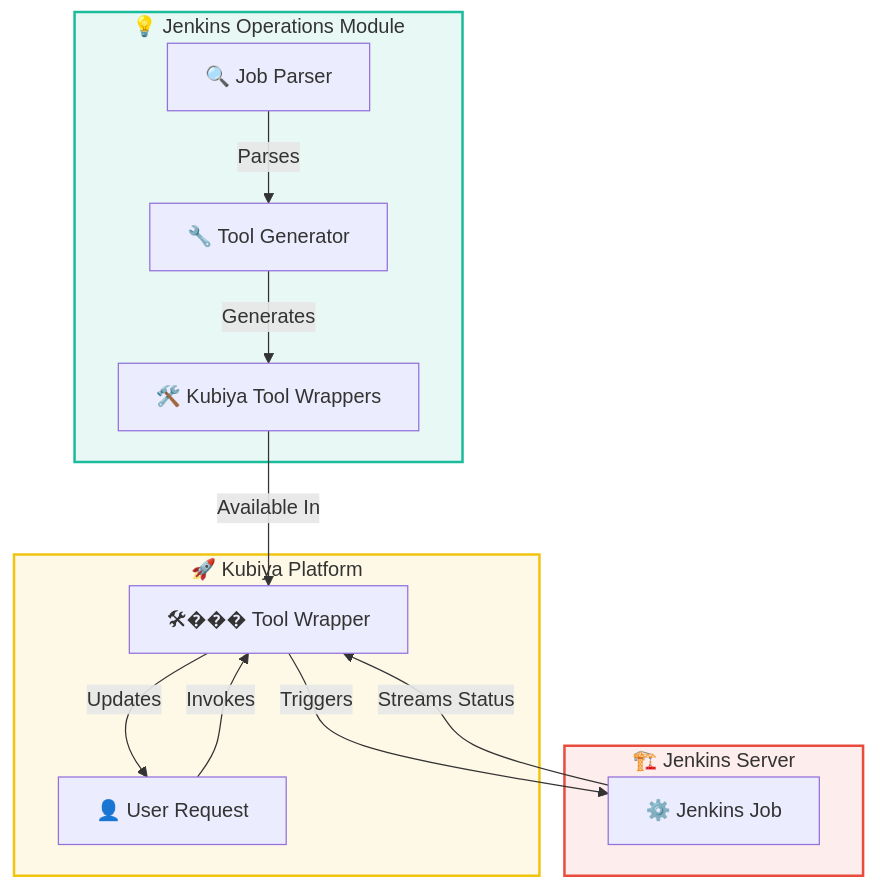
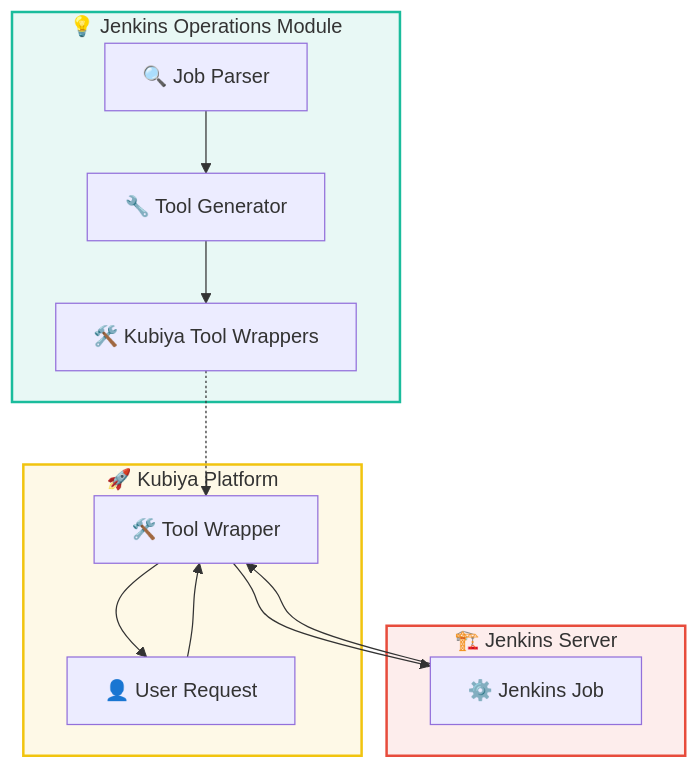
Before and after one commit to kubiyabot/community-tools: the first of 4 diagrams in jenkins_ops/README.md, drawn with Mermaid. The commit also changed other lines of this file, not shown here.

Commit message:
initial jenkins module

````diff
--- a/jenkins_ops/README.md
+++ b/jenkins_ops/README.md
@@ -42,20 +42,20 @@
 ```mermaid
 graph TD
     style Jenkins_Ops fill:#E8F8F5,stroke:#1ABC9C,stroke-width:2px
     style Kubiya fill:#FEF9E7,stroke:#F1C40F,stroke-width:2px
     style Jenkins fill:#FDEDEC,stroke:#E74C3C,stroke-width:2px
 
     subgraph Jenkins_Ops[💡 Jenkins Operations Module]
-        A[🔍 Job Parser] -- Parses --> B[🔧 Tool Generator]
-        B -- Generates --> C[🛠️ Kubiya Tool Wrappers]
+        A[🔍 Job Parser] --> B[🔧 Tool Generator]
+        B --> C[🛠️ Kubiya Tool Wrappers]
     end
     subgraph Kubiya[🚀 Kubiya Platform]
-        D[👤 User Request] -- Invokes --> E[🛠��� Tool Wrapper]
+        D[👤 User Request] --> E[🛠️ Tool Wrapper]
     end
     subgraph Jenkins[🏗️ Jenkins Server]
-        E -- Triggers --> F[⚙️ Jenkins Job]
-        F -- Streams Status --> E
+        E --> F[⚙️ Jenkins Job]
+        F --> E
     end
-    C -- Available In --> E
-    E -- Updates --> D
+    C -.-> E
+    E --> D
 ```
````
